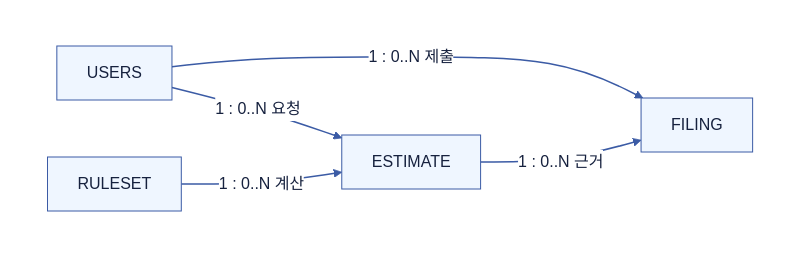
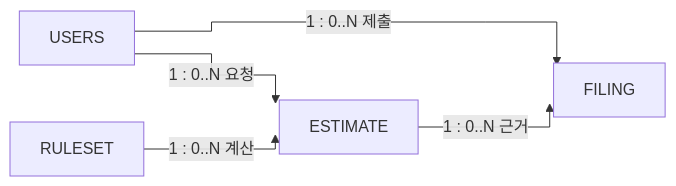
Before and after one commit to Hyune-s-lab/my-ai-study: the second of 4 diagrams in system-design/2606-종소세-환급-설계.md, drawn with Mermaid. The commit also changed other lines of this file and 49 other files, not shown here.

Commit message:
docs: 단순 다이어그램은 Mermaid로, 복잡한 배치는 SVG로 정리

````diff
--- a/system-design/2606-종소세-환급-설계.md
+++ b/system-design/2606-종소세-환급-설계.md
@@ -195,18 +137,12 @@
 ```mermaid
 flowchart LR
-%%{init: {"theme": "base", "darkMode": false, "themeVariables": {"background": "#ffffff", "primaryColor": "#EFF6FF", "primaryTextColor": "#16213E", "primaryBorderColor": "#3B5BA5", "secondaryColor": "#F0FDF4", "tertiaryColor": "#FAF5FF", "lineColor": "#3B5BA5", "textColor": "#16213E", "edgeLabelBackground": "#ffffff", "clusterBkg": "#F8FAFC", "clusterBorder": "#CBD5E1"}}}%%
-  subgraph canvas[" "]
-    direction LR
-    USERS["USERS"] -->|"1 : 0..N 요청"| ESTIMATE["ESTIMATE"]
-    RULESET["RULESET"] -->|"1 : 0..N 계산"| ESTIMATE
-    USERS -->|"1 : 0..N 제출"| FILING["FILING"]
-    ESTIMATE -->|"1 : 0..N 근거"| FILING
-  end
-  style canvas fill:#ffffff,stroke:#ffffff,color:#111827
-  linkStyle default stroke:#3B5BA5,stroke-width:1.5px
-  classDef app fill:#EFF6FF,stroke:#3B5BA5,stroke-width:1px,color:#16213E
-  class USERS,ESTIMATE,RULESET,FILING app
-  classDef db fill:#F0FDF4,stroke:#3F8E55,stroke-width:1px,color:#16213E
-  classDef policy fill:#FAF5FF,stroke:#A855F7,stroke-width:1px,color:#16213E
-  classDef worker fill:#FFF7ED,stroke:#C98A2B,stroke-width:1px,color:#16213E
+%%{init: {"flowchart": {"curve": "stepAfter", "wrappingWidth": 400}}}%%
+  n_USERS["USERS"]
+  n_ESTIMATE["ESTIMATE"]
+  n_RULESET["RULESET"]
+  n_FILING["FILING"]
+  n_USERS -->|"1 : 0..N 요청"| n_ESTIMATE
+  n_RULESET -->|"1 : 0..N 계산"| n_ESTIMATE
+  n_USERS -->|"1 : 0..N 제출"| n_FILING
+  n_ESTIMATE -->|"1 : 0..N 근거"| n_FILING
 ```
````
